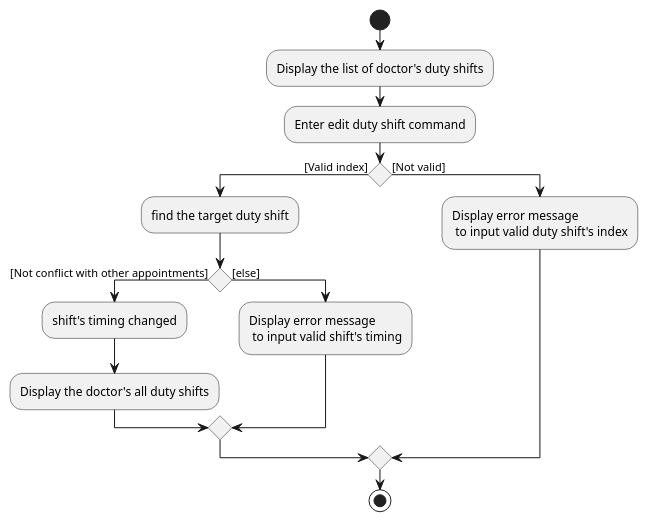
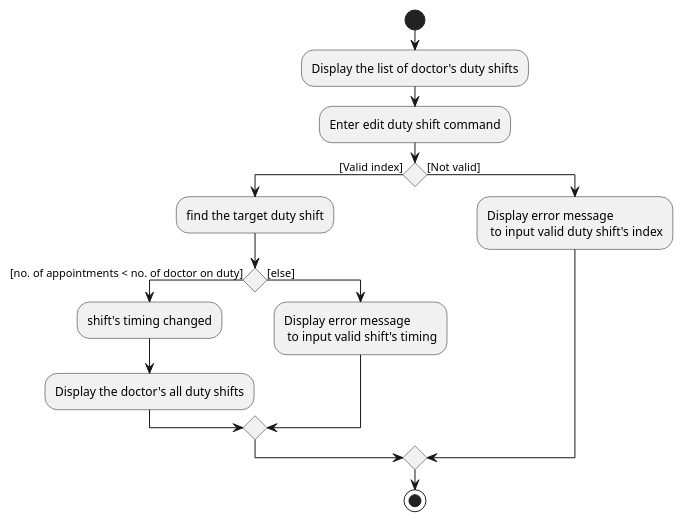
Before and after one commit to nus-cs2103-AY1920S1/addressbook-level3: the diagram in docs/diagrams/ChangeShiftActivityDiagram.puml, drawn with PlantUML. The commit also changed 1 other file, not shown here.

Commit message:
edits activity diagram if statement

```diff
--- a/docs/diagrams/ChangeShiftActivityDiagram.puml
+++ b/docs/diagrams/ChangeShiftActivityDiagram.puml
@@ -1,20 +1,21 @@
 @startuml
 
 start
 -Display the list of doctor's duty shifts
 -Enter edit duty shift command
         if() then ([Valid index])
         -find the target duty shift
 
-            if() then ([Not conflict with other appointments])
+'            if() then ([Not conflict with other appointments])
+            if() then ([no. of appointments < no. of doctor on duty])
             -shift's timing changed
             -Display the doctor's all duty shifts
 
             else ([else])
             -Display error message\n to input valid shift's timing
             endif
         else ([Not valid])
         -Display error message\n to input valid duty shift's index
         endif
 stop
 @enduml
```
